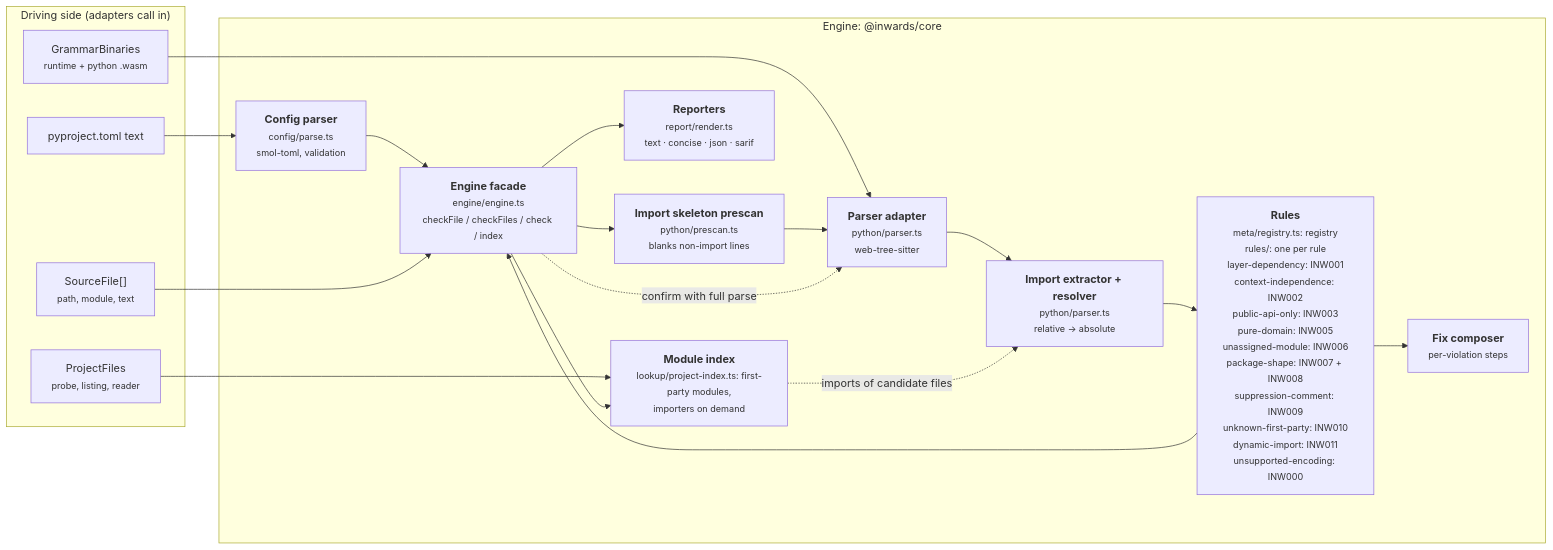
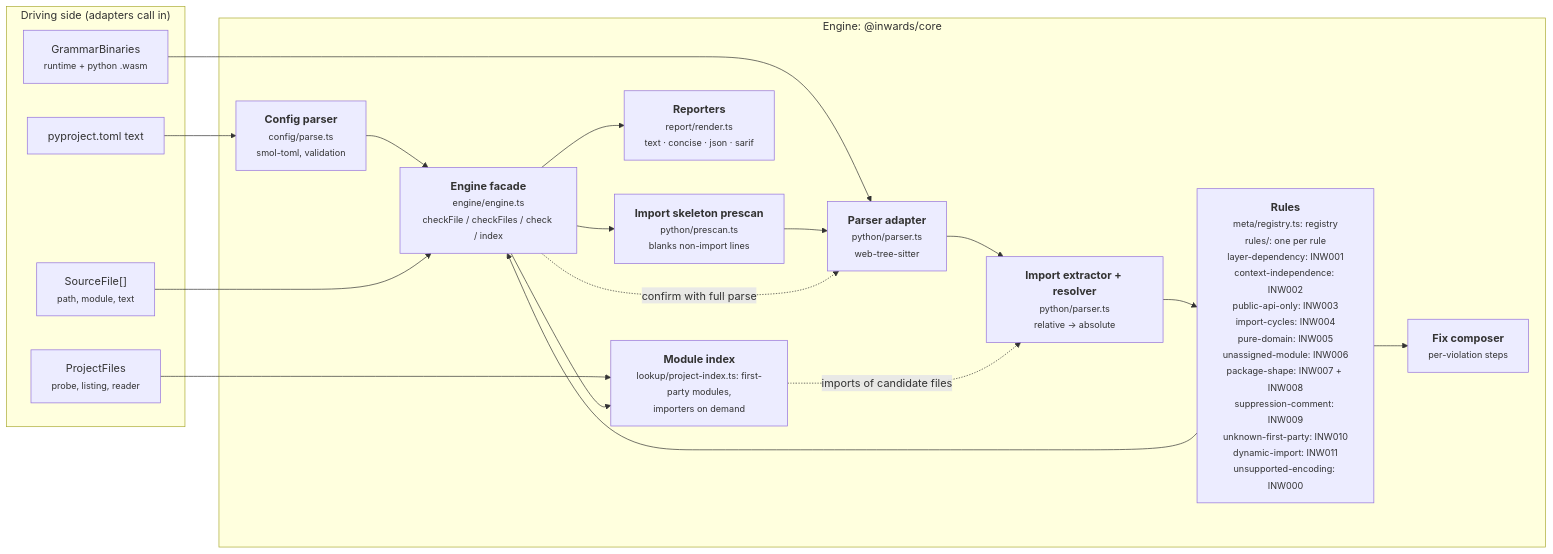
The third of 6 diagrams in docs/chapters/03-Architecture-C4.md (SirCypkowskyy/inwards), drawn with Mermaid before and after one commit. The commit also changed other lines of this file and 43 other files, not shown here.

First line of the commit message:
feat(rules): INW004 reports import cycles between modules or contexts

````diff
--- a/docs/chapters/03-Architecture-C4.md
+++ b/docs/chapters/03-Architecture-C4.md
@@ -99,33 +99,33 @@
 ```mermaid
 flowchart LR
     subgraph driving["Driving side (adapters call in)"]
         files["SourceFile[]<br/><small>path, module, text</small>"]
         pfiles["ProjectFiles<br/><small>probe, listing, reader</small>"]
         cfgtext["pyproject.toml text"]
         wasm["GrammarBinaries<br/><small>runtime + python .wasm</small>"]
     end
 
     subgraph enginebox["Engine: @inwards/core"]
         config["<b>Config parser</b><br/><small>config/parse.ts<br/>smol-toml, validation</small>"]
         pre["<b>Import skeleton prescan</b><br/><small>python/prescan.ts<br/>blanks non-import lines</small>"]
         parser["<b>Parser adapter</b><br/><small>python/parser.ts<br/>web-tree-sitter</small>"]
         extract["<b>Import extractor + resolver</b><br/><small>python/parser.ts<br/>relative → absolute</small>"]
-        rules["<b>Rules</b><br/><small>meta/registry.ts: registry<br/>rules/: one per rule<br/>layer-dependency: INW001<br/>context-independence: INW002<br/>public-api-only: INW003<br/>pure-domain: INW005<br/>unassigned-module: INW006<br/>package-shape: INW007 + INW008<br/>suppression-comment: INW009<br/>unknown-first-party: INW010<br/>dynamic-import: INW011<br/>unsupported-encoding: INW000</small>"]
+        rules["<b>Rules</b><br/><small>meta/registry.ts: registry<br/>rules/: one per rule<br/>layer-dependency: INW001<br/>context-independence: INW002<br/>public-api-only: INW003<br/>import-cycles: INW004<br/>pure-domain: INW005<br/>unassigned-module: INW006<br/>package-shape: INW007 + INW008<br/>suppression-comment: INW009<br/>unknown-first-party: INW010<br/>dynamic-import: INW011<br/>unsupported-encoding: INW000</small>"]
         fix["<b>Fix composer</b><br/><small>per-violation steps</small>"]
         report["<b>Reporters</b><br/><small>report/render.ts<br/>text · concise · json · sarif</small>"]
         engine["<b>Engine facade</b><br/><small>engine/engine.ts<br/>checkFile / checkFiles / check / index</small>"]
         modgraph["<b>Module index</b><br/><small>lookup/project-index.ts: first-party modules,<br/>importers on demand</small>"]
     end
 
     cfgtext --> config --> engine
     wasm --> parser
     files --> engine
     engine --> pre --> parser --> extract --> rules
     rules --> fix
     rules --> engine
     engine -. "confirm with full parse" .-> parser
     pfiles --> modgraph
     engine --> modgraph
     modgraph -. "imports of candidate files" .-> extract
     engine --> report
 ```
````
